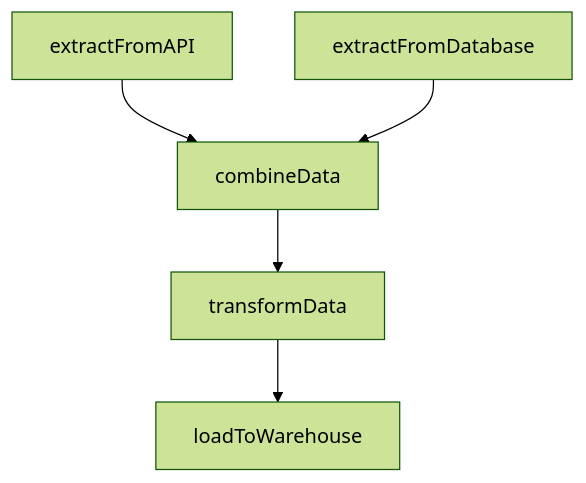
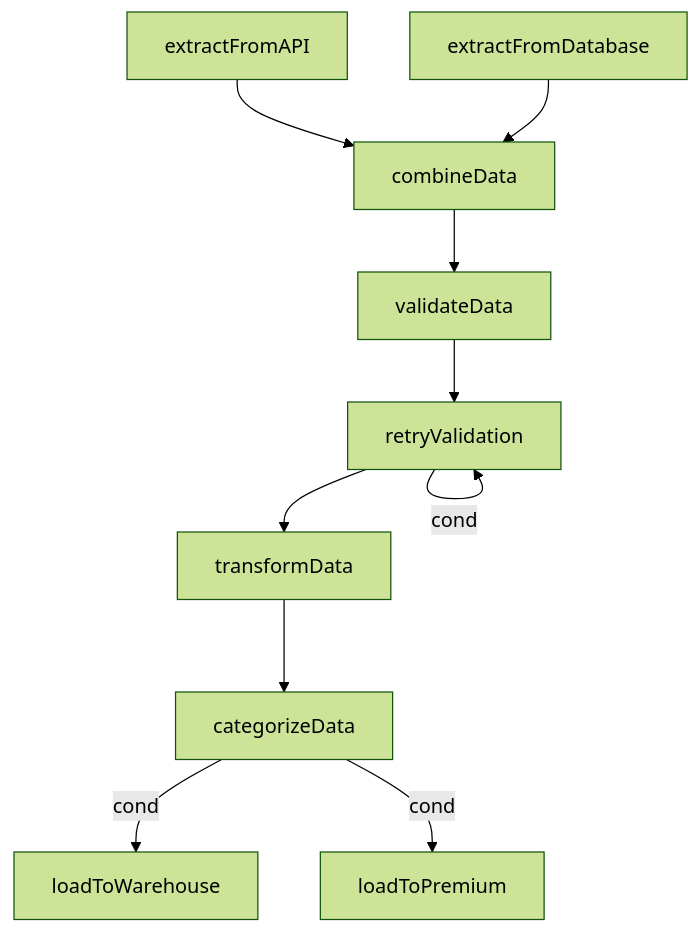
The third of 4 diagrams in README-zh.md (zkep/flow), drawn with Mermaid (forest theme) before and after one commit. The commit also changed other lines of this file and 14 other files, not shown here.

````diff
--- a/README-zh.md
+++ b/README-zh.md
@@ -632,8 +663,12 @@
 ```mermaid
 graph TD
-
+    validateData --> retryValidation
     extractFromAPI --> combineData
+    retryValidation --> |cond|retryValidation
+    retryValidation --> transformData
+    combineData --> validateData
+    transformData --> categorizeData
+    categorizeData --> |cond|loadToWarehouse
+    categorizeData --> |cond|loadToPremium
     extractFromDatabase --> combineData
-    combineData --> transformData
-    transformData --> loadToWarehouse
 ```
````
